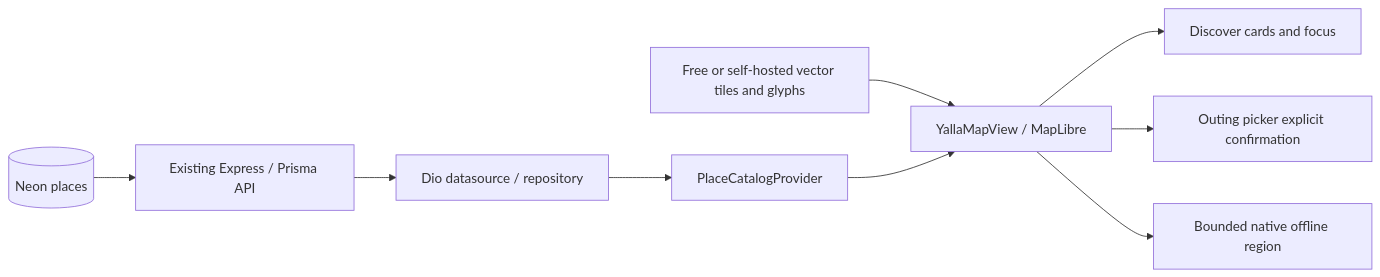
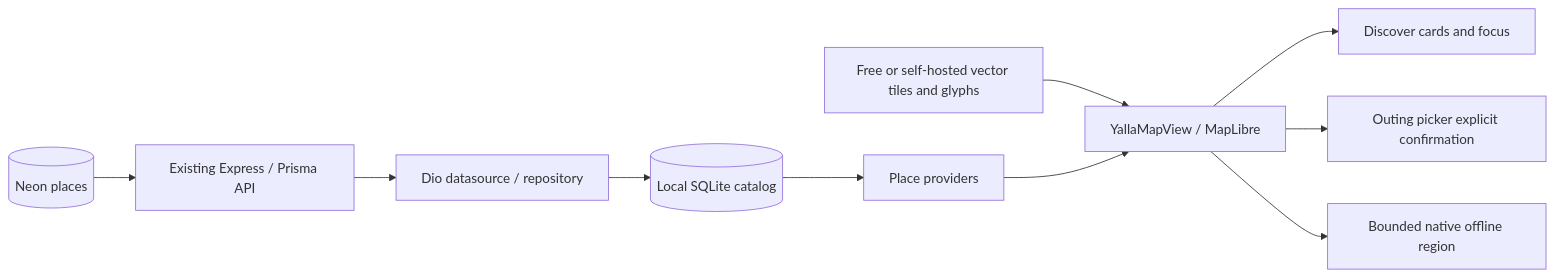
The seventh of 8 diagrams in docs/SYSTEM_ARCHITECTURE.md (MohamedMSalah/yalla5roga), drawn with Mermaid before and after one commit. The commit also changed other lines of this file and 469 other files, not shown here.

````diff
--- a/docs/SYSTEM_ARCHITECTURE.md
+++ b/docs/SYSTEM_ARCHITECTURE.md
@@ -278,11 +288,12 @@
 ```mermaid
 flowchart LR
   Tiles[Free or self-hosted vector tiles and glyphs] --> Map[YallaMapView / MapLibre]
   Neon[(Neon places)] --> API[Existing Express / Prisma API]
   API --> Data[Dio datasource / repository]
-  Data --> State[PlaceCatalogProvider]
+  Data --> Catalog[(Local SQLite catalog)]
+  Catalog --> State[Place providers]
   State --> Map
   Map --> Discover[Discover cards and focus]
   Map --> Picker[Outing picker explicit confirmation]
   Map --> Offline[Bounded native offline region]
 ```
````
